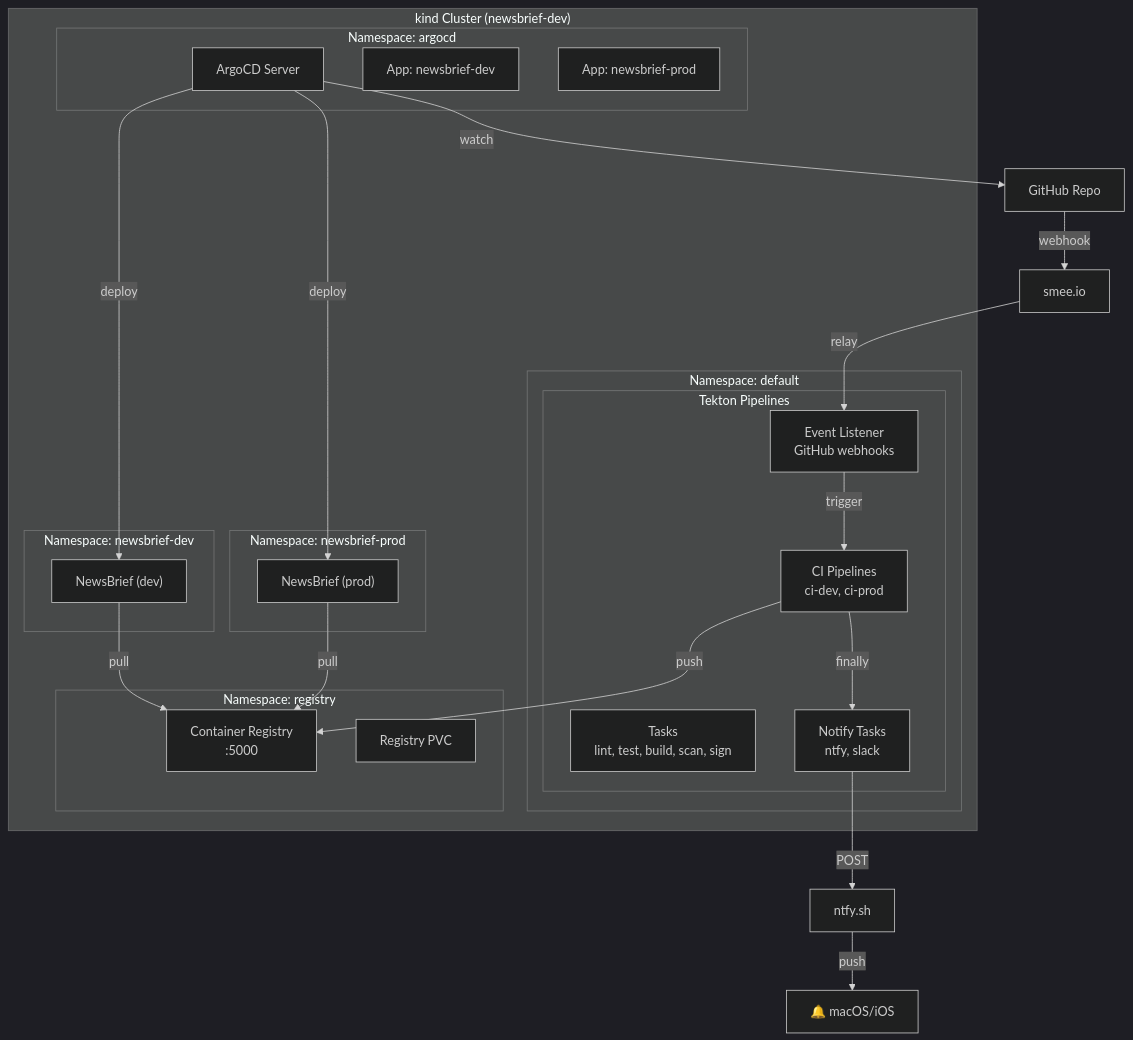
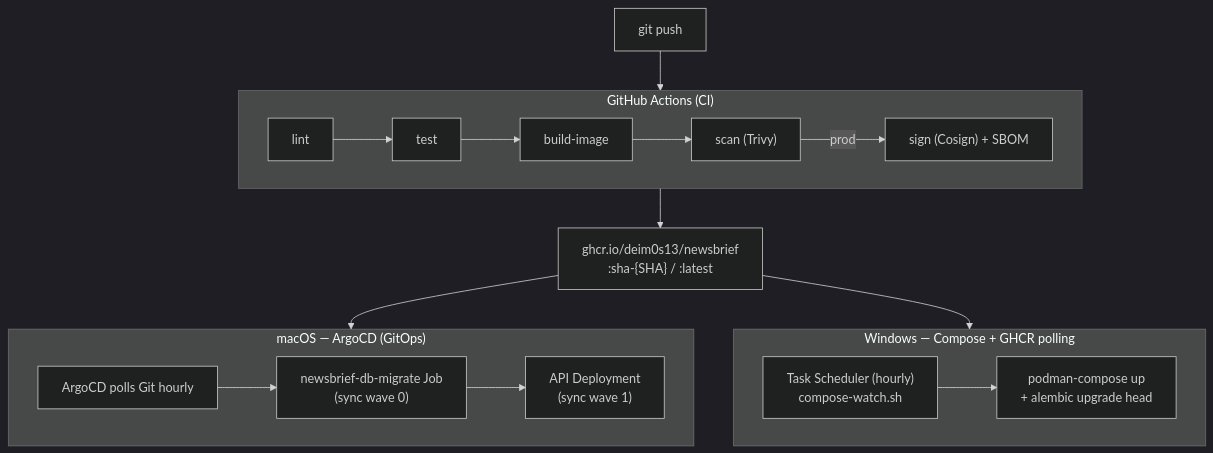
One commit to Deim0s13/newsbrief changed the eighth of 11 diagrams in docs/ARCHITECTURE.md. Above: the diagram before and after it, drawn with Mermaid (dark theme). The commit also changed other lines of this file and 2 other files, not shown here.

````diff
--- a/docs/ARCHITECTURE.md
+++ b/docs/ARCHITECTURE.md
@@ -762,50 +764,28 @@
 ```mermaid
 flowchart TB
-    subgraph Kind["kind Cluster (newsbrief-dev)"]
-        subgraph NS_Default["Namespace: default"]
-            subgraph Tekton["Tekton Pipelines"]
-                Pipeline["CI Pipelines<br/>ci-dev, ci-prod"]
-                Tasks["Tasks<br/>lint, test, build, scan, sign"]
-                Triggers["Event Listener<br/>GitHub webhooks"]
-                Notify["Notify Tasks<br/>ntfy, slack"]
-            end
-        end
-
-        subgraph NS_Registry["Namespace: registry"]
-            Registry["Container Registry<br/>:5000"]
-            RegPVC["Registry PVC"]
-        end
-
-        subgraph NS_ArgoCD["Namespace: argocd"]
-            ArgoCD["ArgoCD Server"]
-            AppDev["App: newsbrief-dev"]
-            AppProd["App: newsbrief-prod"]
-        end
-
-        subgraph NS_Dev["Namespace: newsbrief-dev"]
-            DevApp["NewsBrief (dev)"]
-        end
-
-        subgraph NS_Prod["Namespace: newsbrief-prod"]
-            ProdApp["NewsBrief (prod)"]
-        end
+    subgraph GH["GitHub Actions (CI)"]
+        direction LR
+        Lint["lint"] --> Test["test"] --> Build["build-image"] --> Scan["scan (Trivy)"]
+        Scan -->|prod| Sign["sign (Cosign) + SBOM"]
     end
 
-    GitHub["GitHub Repo"]
-    Smee["smee.io"]
-    ntfy["ntfy.sh"]
-    macOS["🔔 macOS/iOS"]
+    GHCR["ghcr.io/deim0s13/newsbrief\n:sha-{SHA} / :latest"]
 
-    GitHub -->|"webhook"| Smee
-    Smee -->|"relay"| Triggers
-    Triggers -->|"trigger"| Pipeline
-    Pipeline -->|"push"| Registry
-    Pipeline -->|"finally"| Notify
-    Notify -->|"POST"| ntfy
-    ntfy -->|"push"| macOS
-    ArgoCD -->|"watch"| GitHub
-    ArgoCD -->|"deploy"| DevApp
-    ArgoCD -->|"deploy"| ProdApp
-    DevApp -->|"pull"| Registry
-    ProdApp -->|"pull"| Registry
+    subgraph macOS["macOS — ArgoCD (GitOps)"]
+        Argo["ArgoCD polls Git hourly"]
+        MigrateJob["newsbrief-db-migrate Job\n(sync wave 0)"]
+        KubeApp["API Deployment\n(sync wave 1)"]
+        Argo --> MigrateJob --> KubeApp
+    end
+
+    subgraph Windows["Windows — Compose + GHCR polling"]
+        Task["Task Scheduler (hourly)\ncompose-watch.sh"]
+        ComposeUp["podman-compose up\n+ alembic upgrade head"]
+        Task --> ComposeUp
+    end
+
+    Push["git push"] --> GH
+    GH --> GHCR
+    GHCR --> macOS
+    GHCR --> Windows
 ```
````
